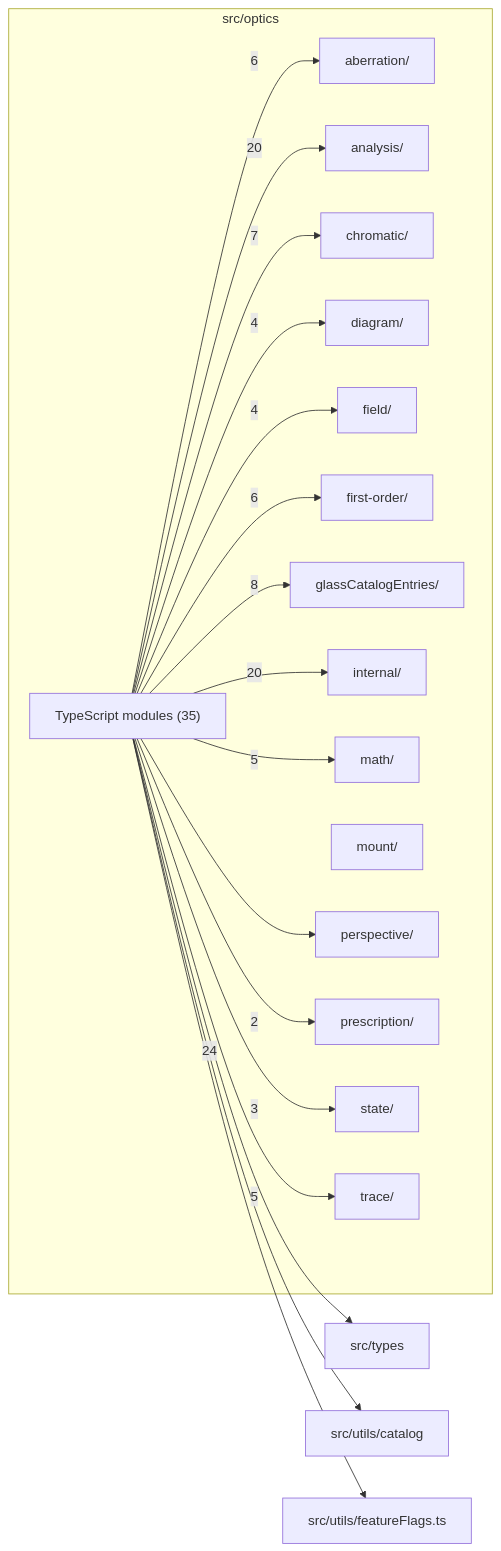
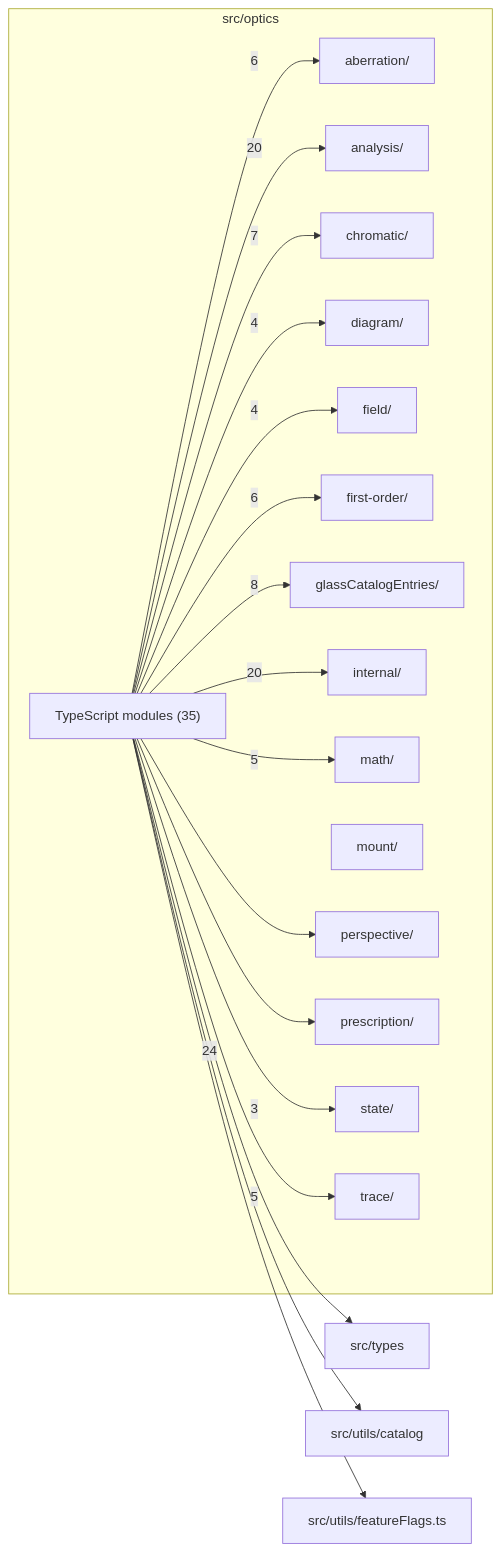
Before and after one commit to ronbuening/LensVisualizer: the diagram in src/optics/readme.md, drawn with Mermaid. The commit also changed other lines of this file and 29 other files, not shown here.

````diff
--- a/src/optics/readme.md
+++ b/src/optics/readme.md
@@ -9,39 +9,39 @@
 ```mermaid
 flowchart LR
   subgraph n_src_optics["src/optics"]
     n_src_optics_src_optics_aberration["aberration/"]
     n_src_optics_src_optics_analysis["analysis/"]
     n_src_optics_src_optics_chromatic["chromatic/"]
     n_src_optics_src_optics_diagram["diagram/"]
     n_src_optics_src_optics_field["field/"]
     n_src_optics_src_optics_first_order["first-order/"]
     n_src_optics_src_optics_glassCatalogEntries["glassCatalogEntries/"]
     n_src_optics_src_optics_internal["internal/"]
     n_src_optics_src_optics_math["math/"]
     n_src_optics_src_optics_mount["mount/"]
     n_src_optics_src_optics_perspective["perspective/"]
     n_src_optics_src_optics_prescription["prescription/"]
     n_src_optics_src_optics_state["state/"]
     n_src_optics_src_optics_trace["trace/"]
     n_src_optics_TypeScript_modules["TypeScript modules (35)"]
   end
   n_external_src_types["src/types"]
   n_external_src_utils_catalog["src/utils/catalog"]
   n_external_src_utils_featureFlags_ts["src/utils/featureFlags.ts"]
   n_src_optics_TypeScript_modules --> |24| n_external_src_types
   n_src_optics_TypeScript_modules --> |20| n_src_optics_src_optics_analysis
   n_src_optics_TypeScript_modules --> |20| n_src_optics_src_optics_internal
   n_src_optics_TypeScript_modules --> |8| n_src_optics_src_optics_glassCatalogEntries
   n_src_optics_TypeScript_modules --> |7| n_src_optics_src_optics_chromatic
   n_src_optics_TypeScript_modules --> |6| n_src_optics_src_optics_aberration
   n_src_optics_TypeScript_modules --> |6| n_src_optics_src_optics_first_order
   n_src_optics_TypeScript_modules --> |5| n_src_optics_src_optics_math
   n_src_optics_TypeScript_modules --> |5| n_src_optics_src_optics_trace
   n_src_optics_TypeScript_modules --> |4| n_src_optics_src_optics_diagram
   n_src_optics_TypeScript_modules --> |4| n_src_optics_src_optics_field
   n_src_optics_TypeScript_modules --> |3| n_src_optics_src_optics_state
-  n_src_optics_TypeScript_modules --> |2| n_src_optics_src_optics_prescription
   n_src_optics_TypeScript_modules --> n_external_src_utils_catalog
   n_src_optics_TypeScript_modules --> n_external_src_utils_featureFlags_ts
   n_src_optics_TypeScript_modules --> n_src_optics_src_optics_perspective
+  n_src_optics_TypeScript_modules --> n_src_optics_src_optics_prescription
 ```
````
